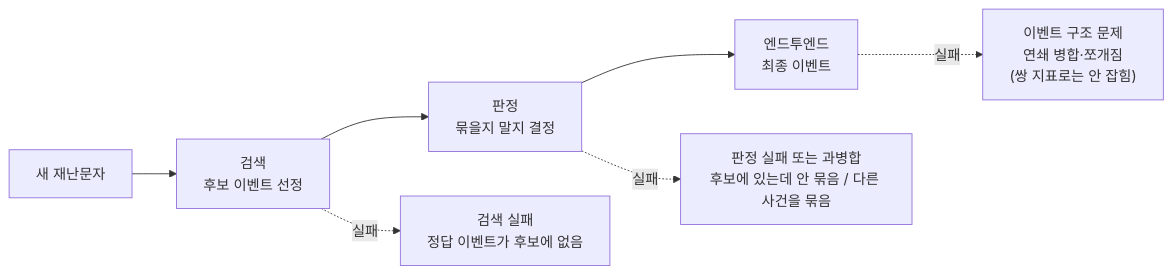
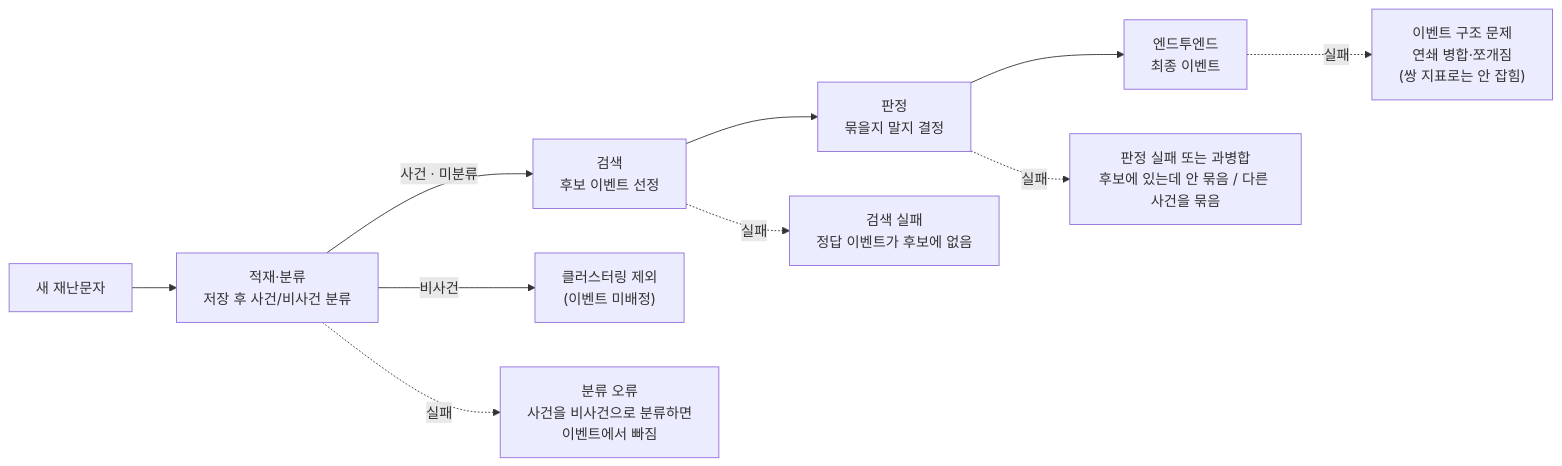
Before and after one commit to lshlsh3690/disaster-alert-archive: the diagram in docs/images/clustering-eval/src/stage-mapping.mmd, drawn with Mermaid. The commit also changed 4 other files, not shown here.

First line of the commit message:
docs(event): 클러스터링 평가 문서에 적재·분류(사건/비사건) 단계를 반영한다

```diff
--- a/docs/images/clustering-eval/src/stage-mapping.mmd
+++ b/docs/images/clustering-eval/src/stage-mapping.mmd
@@ -1,7 +1,10 @@
 flowchart LR
-    A["새 재난문자"] --> R["검색<br/>후보 이벤트 선정"]
+    A["새 재난문자"] --> P["적재·분류<br/>저장 후 사건/비사건 분류"]
+    P -->|"사건 · 미분류"| R["검색<br/>후보 이벤트 선정"]
+    P -->|"비사건"| X["클러스터링 제외<br/>(이벤트 미배정)"]
     R --> D["판정<br/>묶을지 말지 결정"]
     D --> E["엔드투엔드<br/>최종 이벤트"]
+    P -.->|"실패"| P1["분류 오류<br/>사건을 비사건으로 분류하면<br/>이벤트에서 빠짐"]
     R -.->|"실패"| R1["검색 실패<br/>정답 이벤트가 후보에 없음"]
     D -.->|"실패"| D1["판정 실패 또는 과병합<br/>후보에 있는데 안 묶음 / 다른 사건을 묶음"]
     E -.->|"실패"| E1["이벤트 구조 문제<br/>연쇄 병합·쪼개짐<br/>(쌍 지표로는 안 잡힘)"]
```
